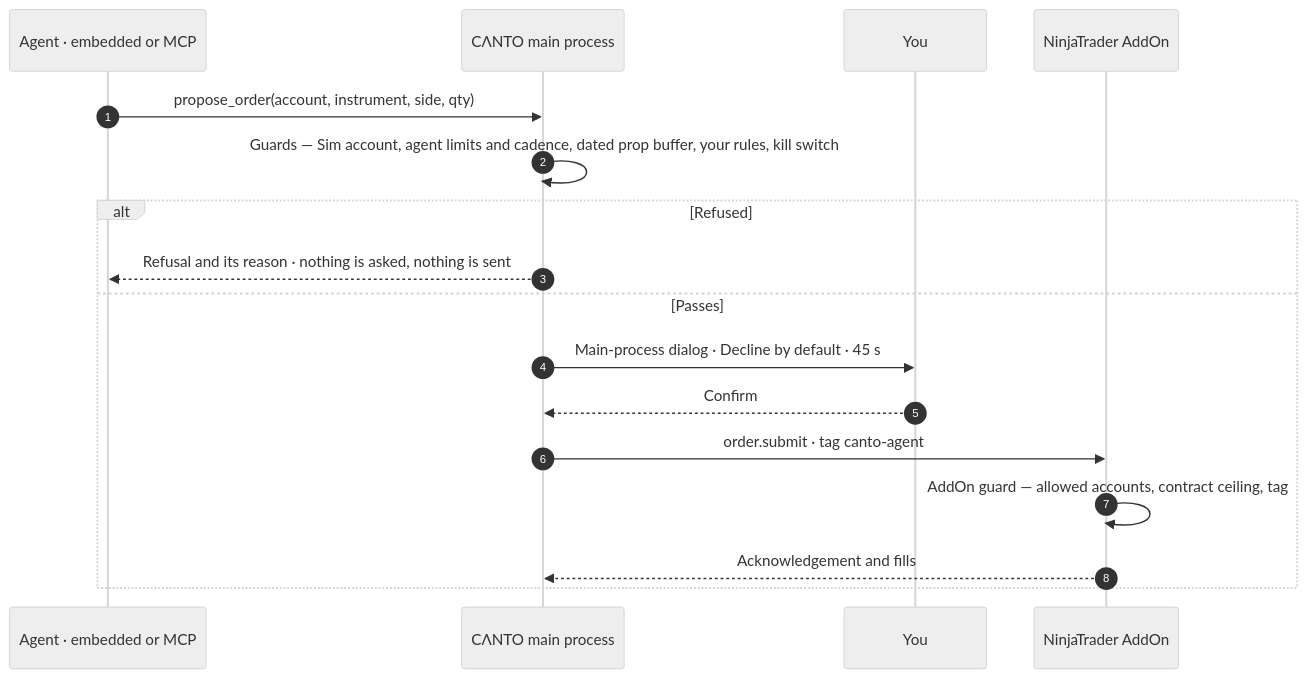
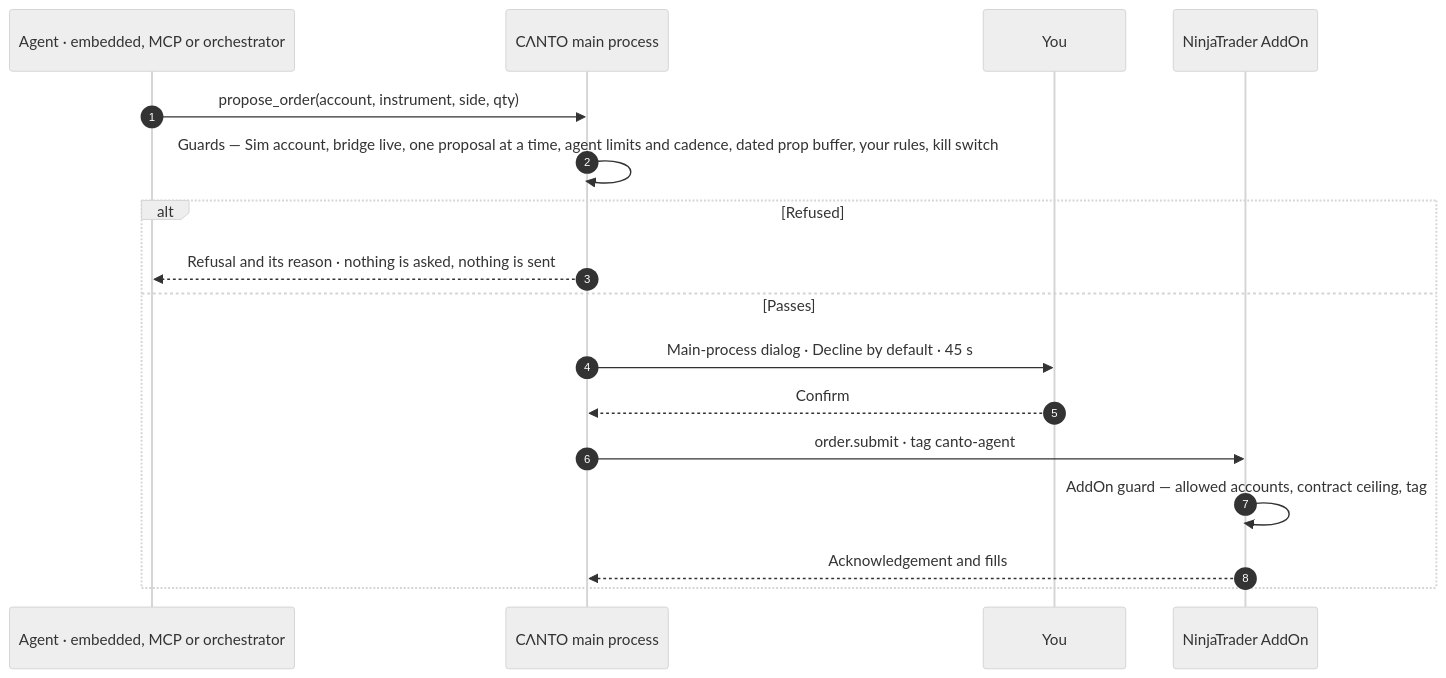
The first of 2 diagrams in README.md (0xSrk/C-NTO), drawn with Mermaid (neutral theme) before and after one commit. The commit also changed other lines of this file and 17 other files, not shown here.

````diff
--- a/README.md
+++ b/README.md
@@ -472,19 +489,19 @@
 ```mermaid
 sequenceDiagram
     autonumber
-    participant A as Agent · embedded or MCP
+    participant A as Agent · embedded, MCP or orchestrator
     participant M as CΛNTO main process
     participant T as You
     participant N as NinjaTrader AddOn
     A->>M: propose_order(account, instrument, side, qty)
-    M->>M: Guards — Sim account, agent limits and cadence, dated prop buffer, your rules, kill switch
+    M->>M: Guards — Sim account, bridge live, one proposal at a time, agent limits and cadence, dated prop buffer, your rules, kill switch
     alt Refused
         M-->>A: Refusal and its reason · nothing is asked, nothing is sent
     else Passes
         M->>T: Main-process dialog · Decline by default · 45 s
         T-->>M: Confirm
         M->>N: order.submit · tag canto-agent
         N->>N: AddOn guard — allowed accounts, contract ceiling, tag
         N-->>M: Acknowledgement and fills
     end
 ```
````
